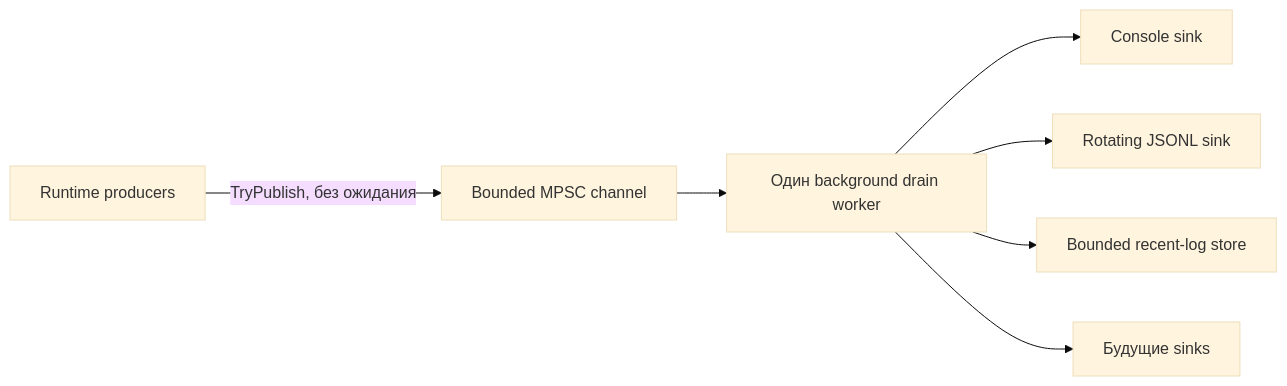
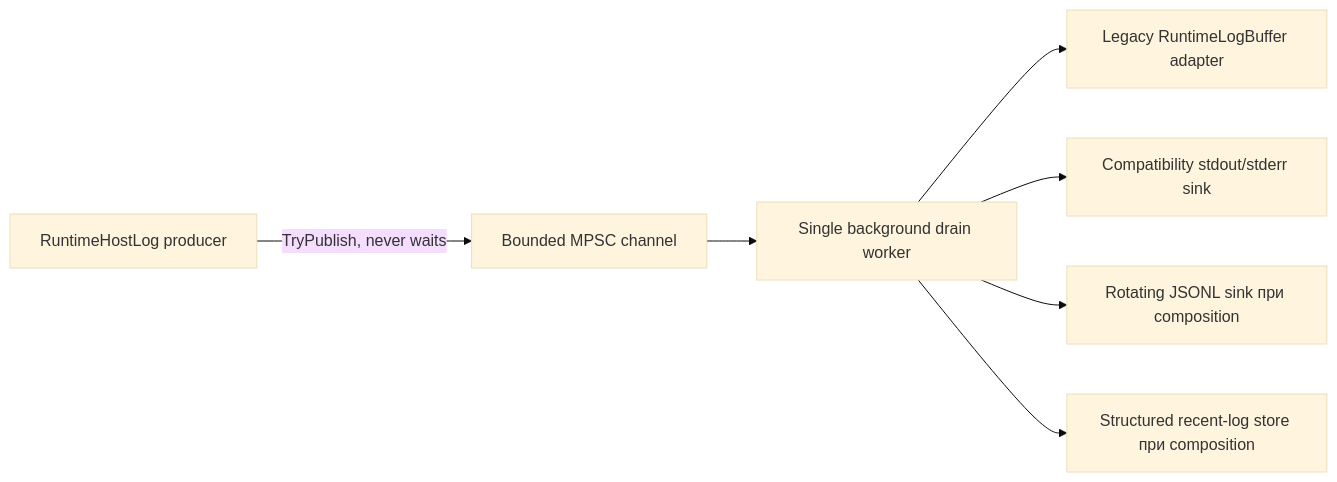
Before and after one commit to VegaKernel/TerraRuntime: the diagram in docs/ru/observability-logging.md, drawn with Mermaid (base theme). The commit also changed other lines of this file and 5 other files, not shown here.

First line of the commit message:
Observability: route RuntimeHostLog through bounded pipeline

````diff
--- a/docs/ru/observability-logging.md
+++ b/docs/ru/observability-logging.md
@@ -7,9 +9,9 @@
 ```mermaid
 graph LR
-    P[Runtime producers] -->|TryPublish, без ожидания| Q[Bounded MPSC channel]
-    Q --> W[Один background drain worker]
-    W --> C[Console sink]
-    W --> J[Rotating JSONL sink]
-    W --> R[Bounded recent-log store]
-    W --> H[Будущие sinks]
+    P[RuntimeHostLog producer] -->|TryPublish, never waits| Q[Bounded MPSC channel]
+    Q --> W[Single background drain worker]
+    W --> O[Legacy RuntimeLogBuffer adapter]
+    W --> C[Compatibility stdout/stderr sink]
+    W --> J[Rotating JSONL sink при composition]
+    W --> R[Structured recent-log store при composition]
 ```
````
